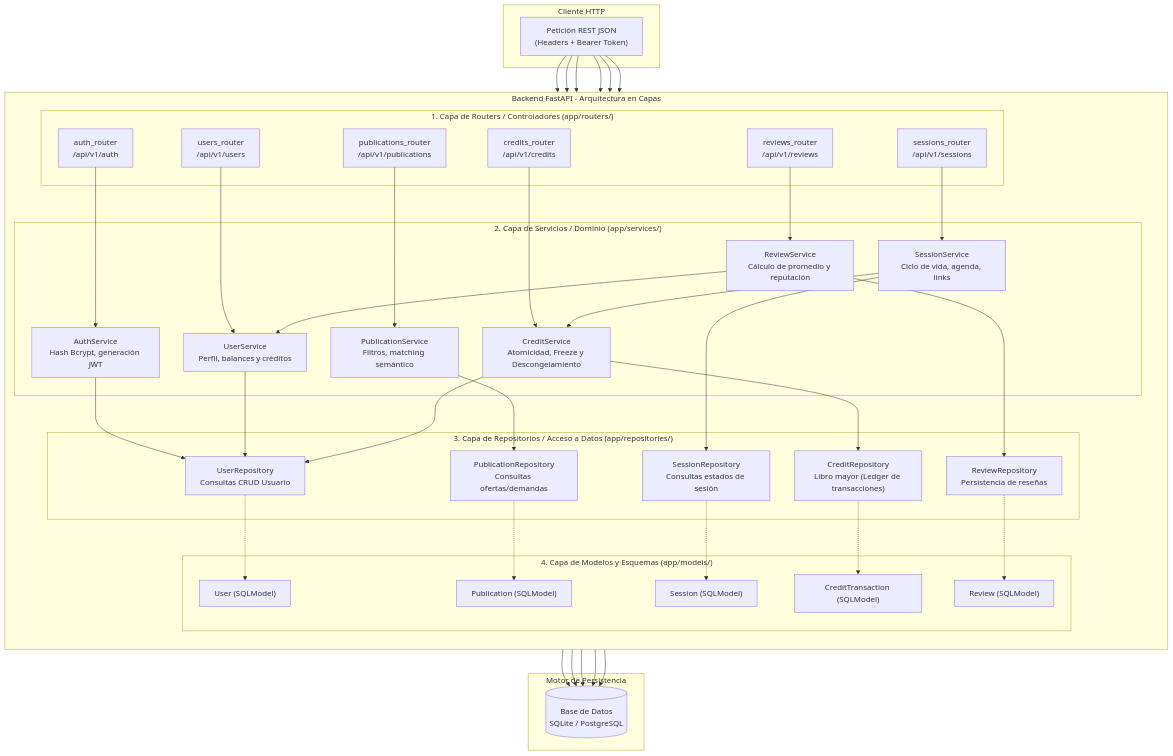
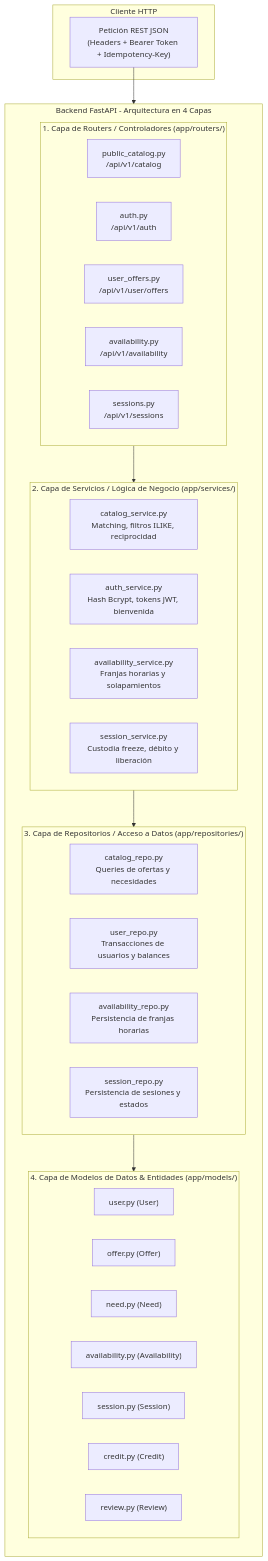
The third of 3 diagrams in proyecto-wbs/docs/Entrega/4.3.16-diagrama-de-arquitectura.md (portomartin/9524), drawn with Mermaid before and after one commit. The commit also changed other lines of this file and 3 other files, not shown here.

Commit message:
refactor(arquitectura): sincronizar 4.3.16 y slide con la implementacion real de FastAPI, SQLModel y capas del backend

````diff
--- a/proyecto-wbs/docs/Entrega/4.3.16-diagrama-de-arquitectura.md
+++ b/proyecto-wbs/docs/Entrega/4.3.16-diagrama-de-arquitectura.md
@@ -79,70 +90,47 @@
 ```mermaid
 flowchart TD
     subgraph Cliente["Cliente HTTP"]
-        REQ["Petición REST JSON\n(Headers + Bearer Token)"]
+        REQ["Petición REST JSON\n(Headers + Bearer Token + Idempotency-Key)"]
     end
 
-    subgraph BackendFastAPI["Backend FastAPI - Arquitectura en Capas"]
+    subgraph BackendFastAPI["Backend FastAPI - Arquitectura en 4 Capas"]
         direction TB
 
         subgraph Capa1["1. Capa de Routers / Controladores (app/routers/)"]
-            R_Auth["auth_router\n/api/v1/auth"]
-            R_User["users_router\n/api/v1/users"]
-            R_Pub["publications_router\n/api/v1/publications"]
-            R_Sess["sessions_router\n/api/v1/sessions"]
-            R_Cred["credits_router\n/api/v1/credits"]
-            R_Rev["reviews_router\n/api/v1/reviews"]
+            R_PubCat["public_catalog.py\n/api/v1/catalog"]
+            R_Auth["auth.py\n/api/v1/auth"]
+            R_Offers["user_offers.py\n/api/v1/user/offers"]
+            R_Avail["availability.py\n/api/v1/availability"]
+            R_Sess["sessions.py\n/api/v1/sessions"]
         end
 
-        subgraph Capa2["2. Capa de Servicios / Dominio (app/services/)"]
-            S_Auth["AuthService\nHash Bcrypt, generación JWT"]
-            S_User["UserService\nPerfil, balances y créditos"]
-            S_Pub["PublicationService\nFiltros, matching semántico"]
-            S_Sess["SessionService\nCiclo de vida, agenda, links"]
-            S_Cred["CreditService\nAtomicidad, Freeze y Descongelamiento"]
-            S_Rev["ReviewService\nCálculo de promedio y reputación"]
+        subgraph Capa2["2. Capa de Servicios / Lógica de Negocio (app/services/)"]
+            S_Cat["catalog_service.py\nMatching, filtros ILIKE, reciprocidad"]
+            S_Auth["auth_service.py\nHash Bcrypt, tokens JWT, bienvenida"]
+            S_Avail["availability_service.py\nFranjas horarias y solapamientos"]
+            S_Sess["session_service.py\nCustodia freeze, débito y liberación"]
         end
 
         subgraph Capa3["3. Capa de Repositorios / Acceso a Datos (app/repositories/)"]
-            Repo_User["UserRepository\nConsultas CRUD Usuario"]
-            Repo_Pub["PublicationRepository\nConsultas ofertas/demandas"]
-            Repo_Sess["SessionRepository\nConsultas estados de sesión"]
-            Repo_Cred["CreditRepository\nLibro mayor (Ledger de transacciones)"]
-            Repo_Rev["ReviewRepository\nPersistencia de reseñas"]
+            Repo_Cat["catalog_repo.py\nQueries de ofertas y necesidades"]
+            Repo_User["user_repo.py\nTransacciones de usuarios y balances"]
+            Repo_Avail["availability_repo.py\nPersistencia de franjas horarias"]
+            Repo_Sess["session_repo.py\nPersistencia de sesiones y estados"]
         end
 
-        subgraph Capa4["4. Capa de Modelos y Esquemas (app/models/)"]
-            M_User["User (SQLModel)"]
-            M_Pub["Publication (SQLModel)"]
-            M_Sess["Session (SQLModel)"]
-            M_Cred["CreditTransaction (SQLModel)"]
-            M_Rev["Review (SQLModel)"]
+        subgraph Capa4["4. Capa de Modelos de Datos & Entidades (app/models/)"]
+            M_User["user.py (User)"]
+            M_Offer["offer.py (Offer)"]
+            M_Need["need.py (Need)"]
+            M_Avail["availability.py (Availability)"]
+            M_Sess["session.py (Session)"]
+            M_Credit["credit.py (Credit)"]
+            M_Rev["review.py (Review)"]
         end
     end
 
-    subgraph BaseDatos["Motor de Persistencia"]
-        DB[(Base de Datos\nSQLite / PostgreSQL)]
-    end
-
-    REQ --> R_Auth & R_User & R_Pub & R_Sess & R_Cred & R_Rev
-    R_Auth --> S_Auth
-    R_User --> S_User
-    R_Pub --> S_Pub
-    R_Sess --> S_Sess
-    R_Cred --> S_Cred
-    R_Rev --> S_Rev
-
-    S_Auth --> Repo_User
-    S_User --> Repo_User
-    S_Pub --> Repo_Pub
-    S_Sess --> Repo_Sess & S_Cred
-    S_Cred --> Repo_Cred & Repo_User
-    S_Rev --> Repo_Rev & S_User
-
-    Repo_User & Repo_Pub & Repo_Sess & Repo_Cred & Repo_Rev --> DB
-    Repo_User -.-> M_User
-    Repo_Pub -.-> M_Pub
-    Repo_Sess -.-> M_Sess
-    Repo_Cred -.-> M_Cred
-    Repo_Rev -.-> M_Rev
+    REQ --> Capa1
+    Capa1 --> Capa2
+    Capa2 --> Capa3
+    Capa3 --> Capa4
 ```
````
